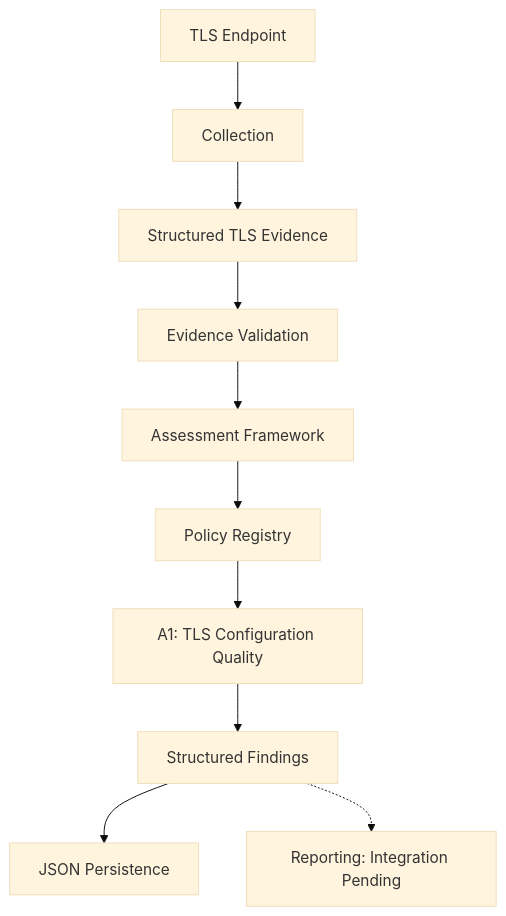
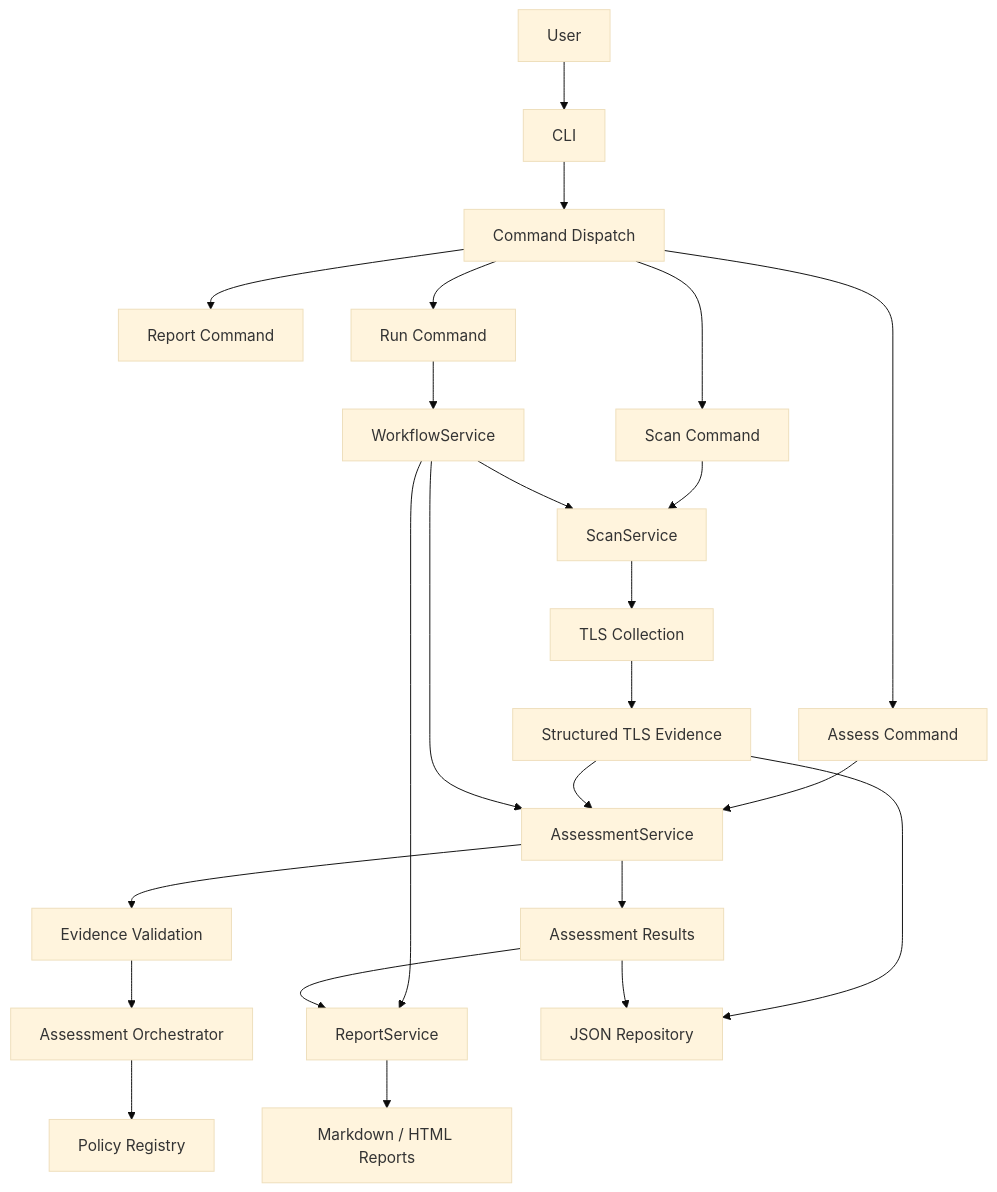
One commit to git-loa/cryptographic-inventory-pqc-risk-assessment changed the diagram in README.md. Above: the diagram before and after it, drawn with Mermaid (base theme). The commit also changed other lines of this file and 1 other file, not shown here.

Commit message:
docs: update CLI workflow and application architecture

````diff
--- a/README.md
+++ b/README.md
@@ -43,12 +55,32 @@
 ```mermaid
 flowchart TD
-    A["TLS Endpoint"] --> B["Collection"]
-    B --> C["Structured TLS Evidence"]
-    C --> D["Evidence Validation"]
-    D --> E["Assessment Framework"]
-    E --> F["Policy Registry"]
-    F --> G["A1: TLS Configuration Quality"]
-    G --> H["Structured Findings"]
-    H --> I["JSON Persistence"]
-    H -.-> J["Reporting: Integration Pending"]
+    A["User"] --> B["CLI"]
+    B --> C["Command Dispatch"]
+
+    C --> D["Scan Command"]
+    C --> E["Assess Command"]
+    C --> F["Report Command"]
+    C --> G["Run Command"]
+
+    D --> H["ScanService"]
+    H --> I["TLS Collection"]
+    I --> J["Structured TLS Evidence"]
+
+    E --> K["AssessmentService"]
+    J --> K
+    K --> L["Evidence Validation"]
+    L --> M["Assessment Orchestrator"]
+    M --> N["Policy Registry"]
+
+    G --> O["WorkflowService"]
+    O --> H
+    O --> K
+    O --> P["ReportService"]
+
+    K --> Q["Assessment Results"]
+    Q --> P
+    P --> R["Markdown / HTML Reports"]
+
+    J --> S["JSON Repository"]
+    Q --> S
 ```
````
